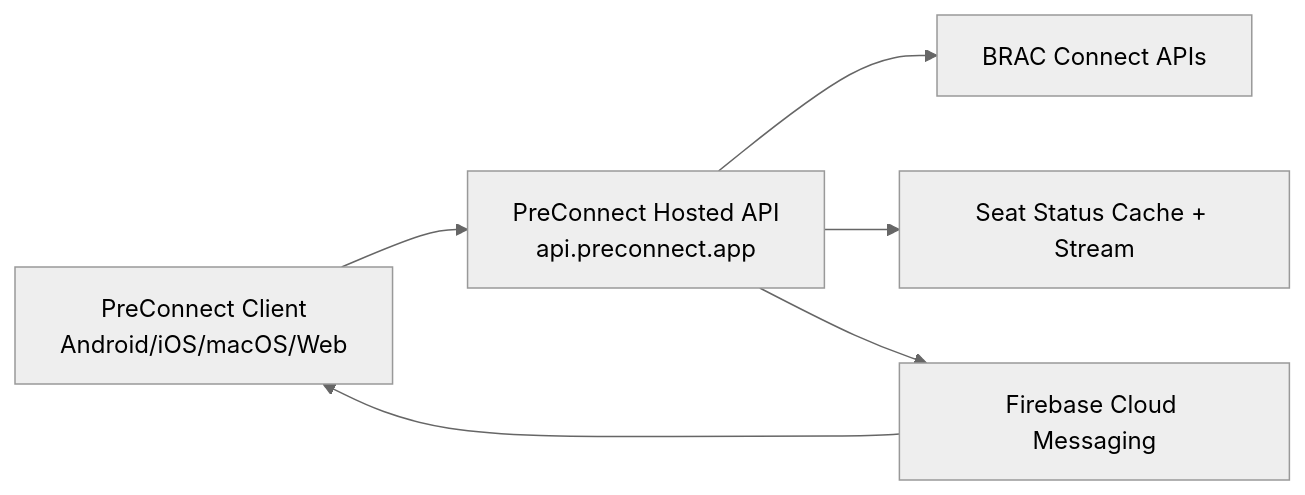
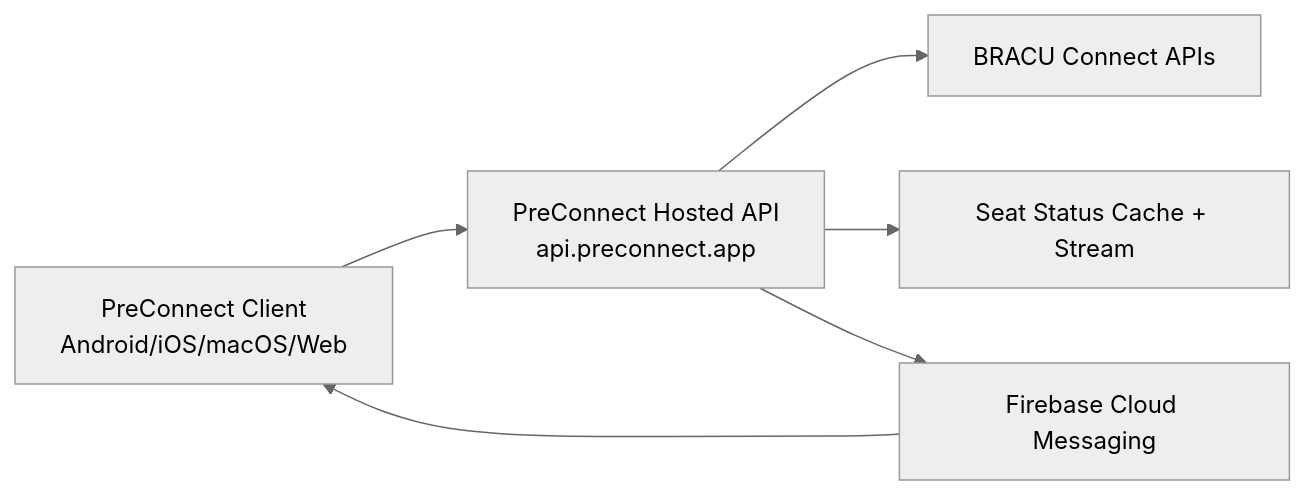
Before and after one commit to hitblast/preconnect: the diagram in README.md, drawn with Mermaid (neutral theme). The commit also changed other lines of this file, not shown here.

Commit message:
fix(docs): correct reference to BRACU Connect APIs in architecture diagram

````diff
--- a/README.md
+++ b/README.md
@@ -203,8 +203,8 @@
 ```mermaid
 flowchart LR
   A[PreConnect Client\nAndroid/iOS/macOS/Web] --> B[PreConnect Hosted API\napi.preconnect.app]
-  B --> C[BRAC Connect APIs]
+  B --> C[BRACU Connect APIs]
   B --> D[Seat Status Cache + Stream]
   B --> E[Firebase Cloud Messaging]
   E --> A
 ```
````
